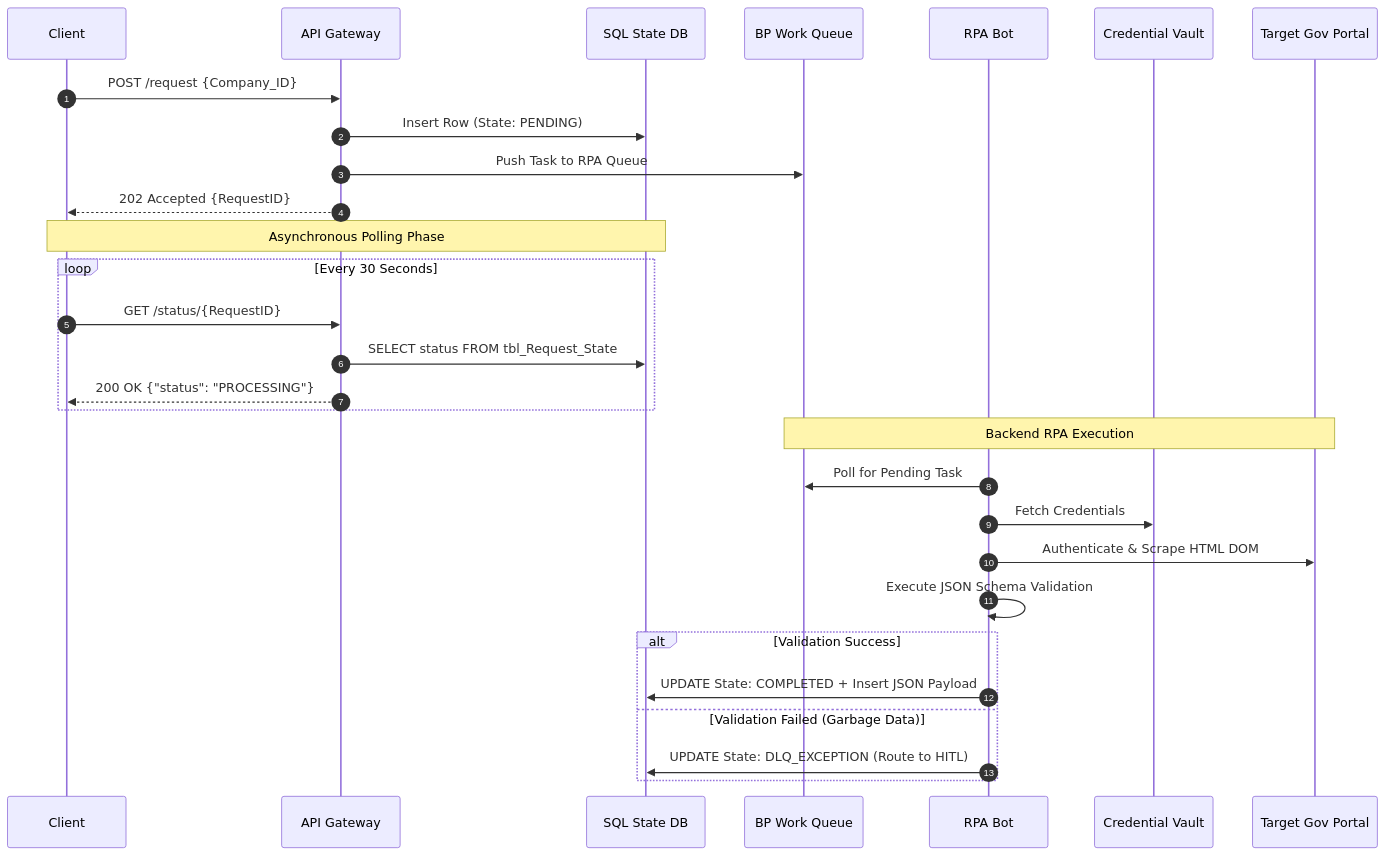
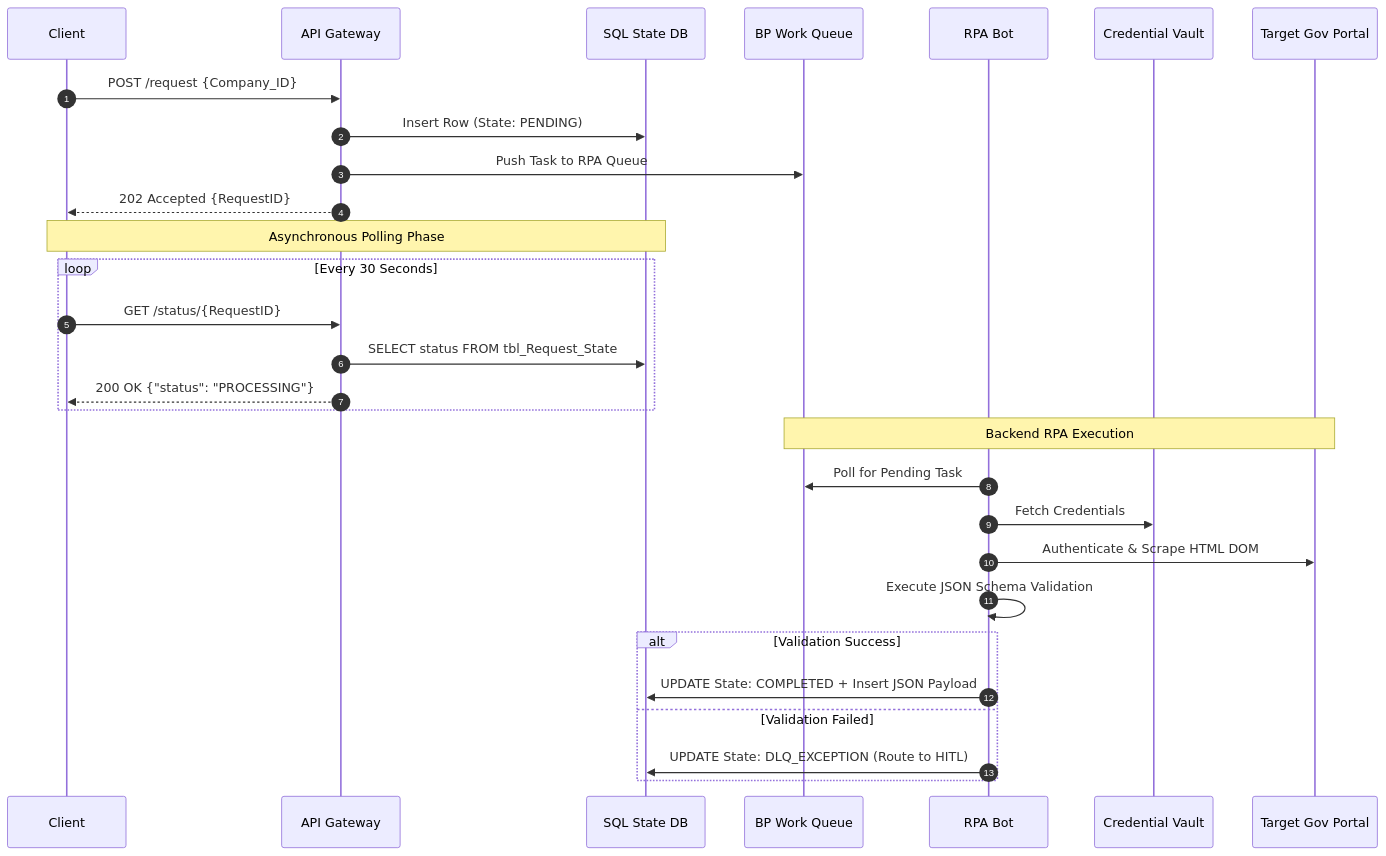
The diagram in Scenarioes/Hyperautomation-and-RPA/02-Tech-Blueprint.md (Mohammed-Alrawaf/System-Architecture-Dojo), drawn with Mermaid before and after one commit. The commit also changed other lines of this file, not shown here.

````diff
--- a/Scenarioes/Hyperautomation-and-RPA/02-Tech-Blueprint.md
+++ b/Scenarioes/Hyperautomation-and-RPA/02-Tech-Blueprint.md
@@ -11,35 +15,35 @@
 ```mermaid
 sequenceDiagram
     autonumber
     participant Client
     participant Gateway as API Gateway
     participant DB as SQL State DB
     participant Queue as BP Work Queue
     participant Bot as RPA Bot
     participant Vault as Credential Vault
     participant Gov as Target Gov Portal
 
     Client->>Gateway: POST /request {Company_ID}
     Gateway->>DB: Insert Row (State: PENDING)
     Gateway->>Queue: Push Task to RPA Queue
     Gateway-->>Client: 202 Accepted {RequestID}
 
     Note over Client, DB: Asynchronous Polling Phase
     loop Every 30 Seconds
         Client->>Gateway: GET /status/{RequestID}
         Gateway->>DB: SELECT status FROM tbl_Request_State
         Gateway-->>Client: 200 OK {"status": "PROCESSING"}
     end
 
     Note over Queue, Gov: Backend RPA Execution
     Bot->>Queue: Poll for Pending Task
     Bot->>Vault: Fetch Credentials
     Bot->>Gov: Authenticate & Scrape HTML DOM
     Bot->>Bot: Execute JSON Schema Validation
-    
+
     alt Validation Success
         Bot->>DB: UPDATE State: COMPLETED + Insert JSON Payload
-    else Validation Failed (Garbage Data)
+    else Validation Failed
         Bot->>DB: UPDATE State: DLQ_EXCEPTION (Route to HITL)
     end
 ```
````
